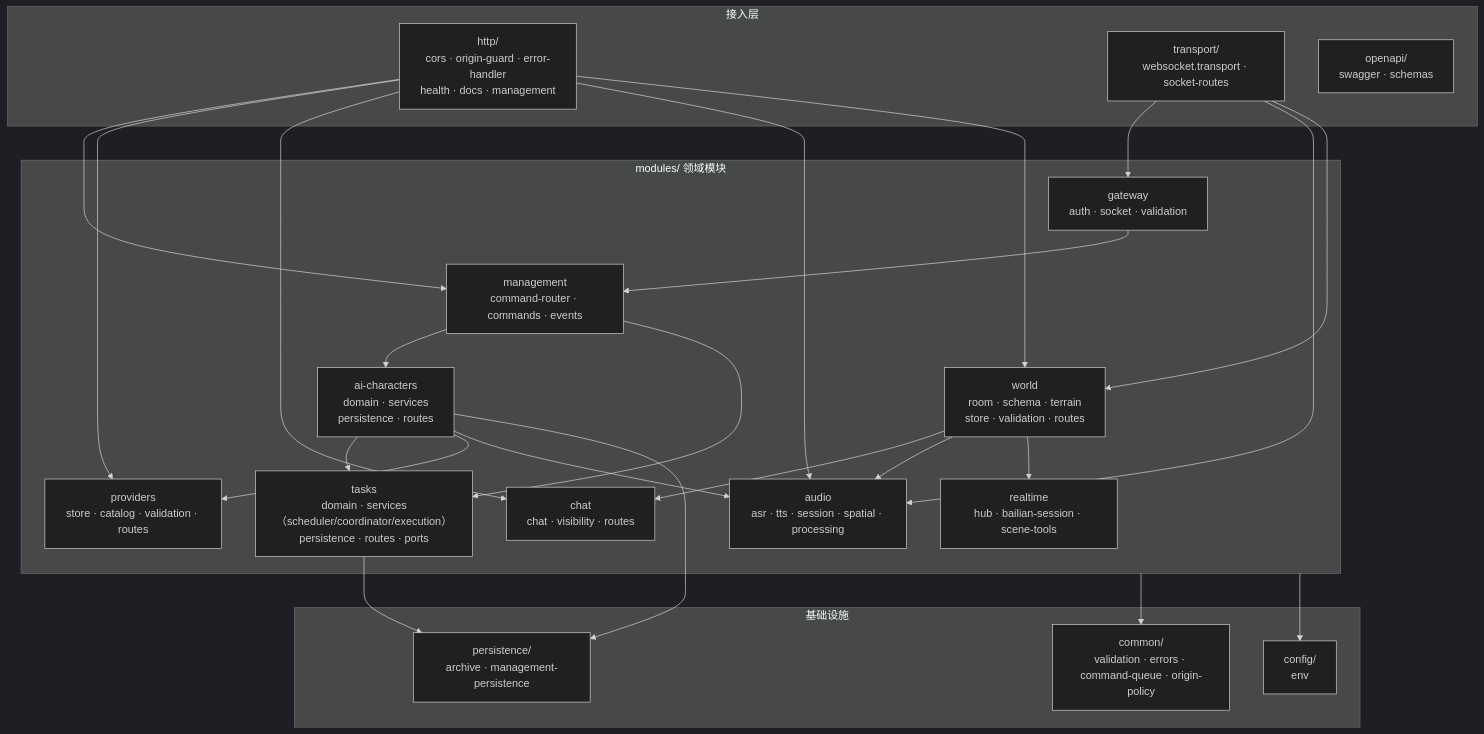
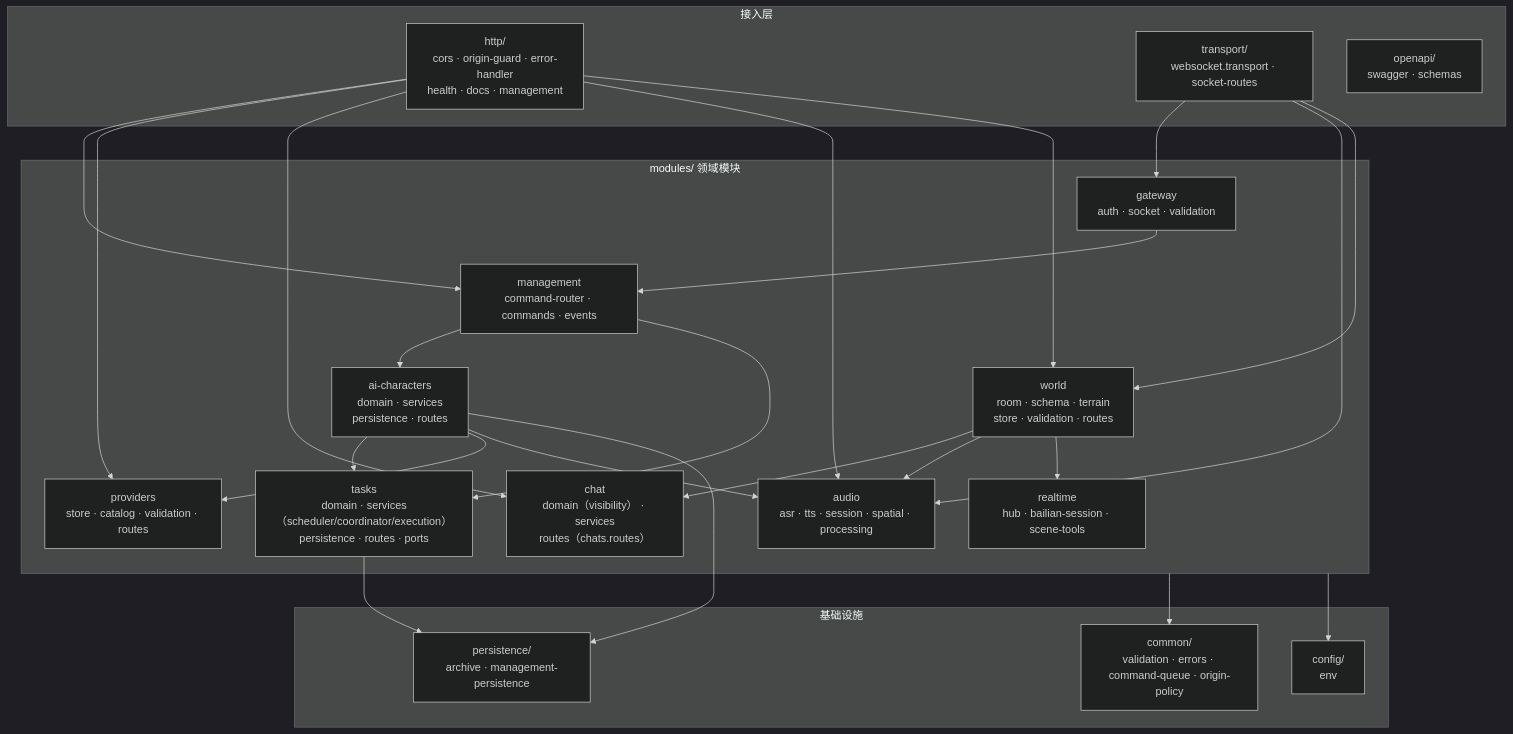
The fifth of 14 diagrams in docs/guide/architecture-diagrams.md (lulabs-org/embocraft), drawn with Mermaid (dark theme) before and after one commit. The commit also changed 13 other files, not shown here.

````diff
--- a/docs/guide/architecture-diagrams.md
+++ b/docs/guide/architecture-diagrams.md
@@ -122,49 +122,49 @@
 ```mermaid
 graph TB
     subgraph Entry["接入层"]
         HTTP["http/<br/>cors · origin-guard · error-handler<br/>health · docs · management"]
         TR["transport/<br/>websocket.transport · socket-routes"]
         OA["openapi/<br/>swagger · schemas"]
     end
 
     subgraph Modules["modules/ 领域模块"]
         World["world<br/>room · schema · terrain<br/>store · validation · routes"]
         AIC["ai-characters<br/>domain · services<br/>persistence · routes"]
         Tasks["tasks<br/>domain · services（scheduler/coordinator/execution）<br/>persistence · routes · ports"]
         Mgmt["management<br/>command-router · commands · events"]
         GW["gateway<br/>auth · socket · validation"]
         Prov["providers<br/>store · catalog · validation · routes"]
-        Chat["chat<br/>chat · visibility · routes"]
+        Chat["chat<br/>domain（visibility） · services<br/>routes（chats.routes）"]
         Audio["audio<br/>asr · tts · session · spatial · processing"]
         RT["realtime<br/>hub · bailian-session · scene-tools"]
     end
 
     subgraph Infra["基础设施"]
         Common["common/<br/>validation · errors · command-queue · origin-policy"]
         Config["config/<br/>env"]
         Persist["persistence/<br/>archive · management-persistence"]
     end
 
     HTTP --> Mgmt
     HTTP --> Prov
     HTTP --> Chat
     HTTP --> Audio
     HTTP --> World
     TR --> GW
     TR --> Audio
     TR --> World
 
     GW --> Mgmt
     Mgmt --> AIC
     Mgmt --> Tasks
     AIC --> Tasks
     AIC --> Prov
     AIC --> Audio
     World --> Chat
     World --> Audio
     World --> RT
     AIC --> Persist
     Tasks --> Persist
     Modules --> Common
     Modules --> Config
 ```
````
